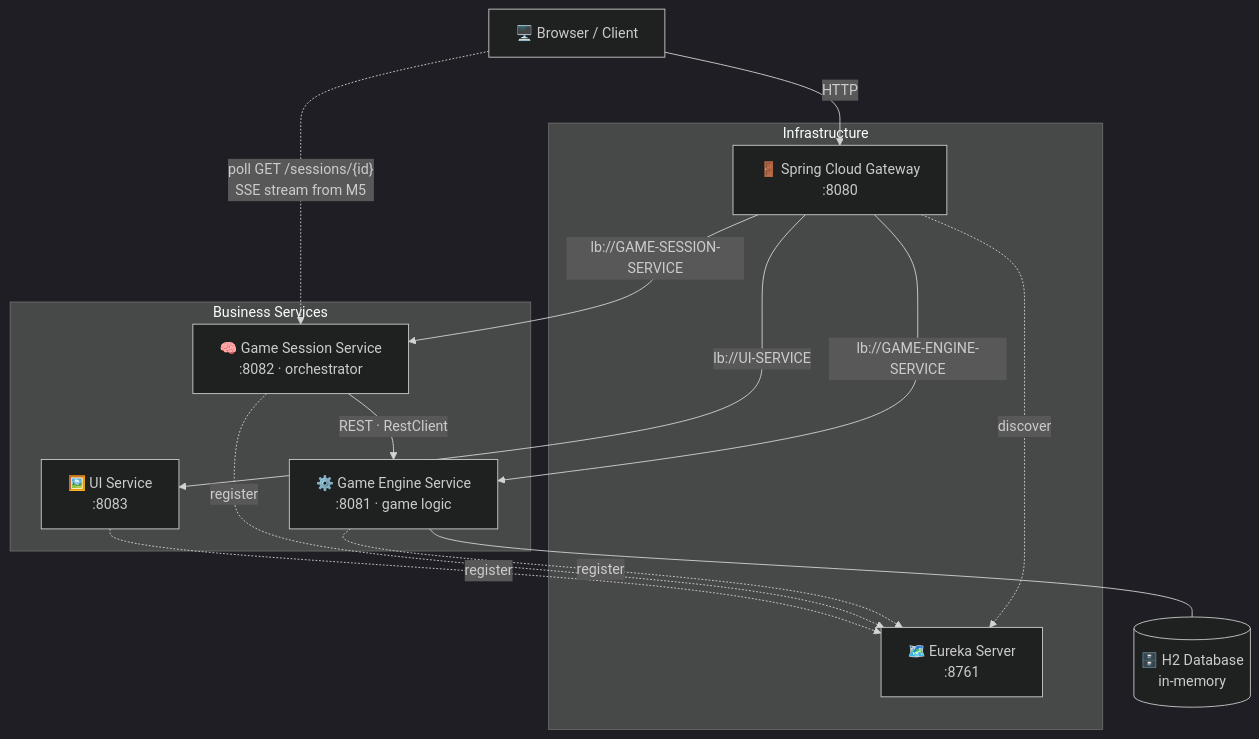
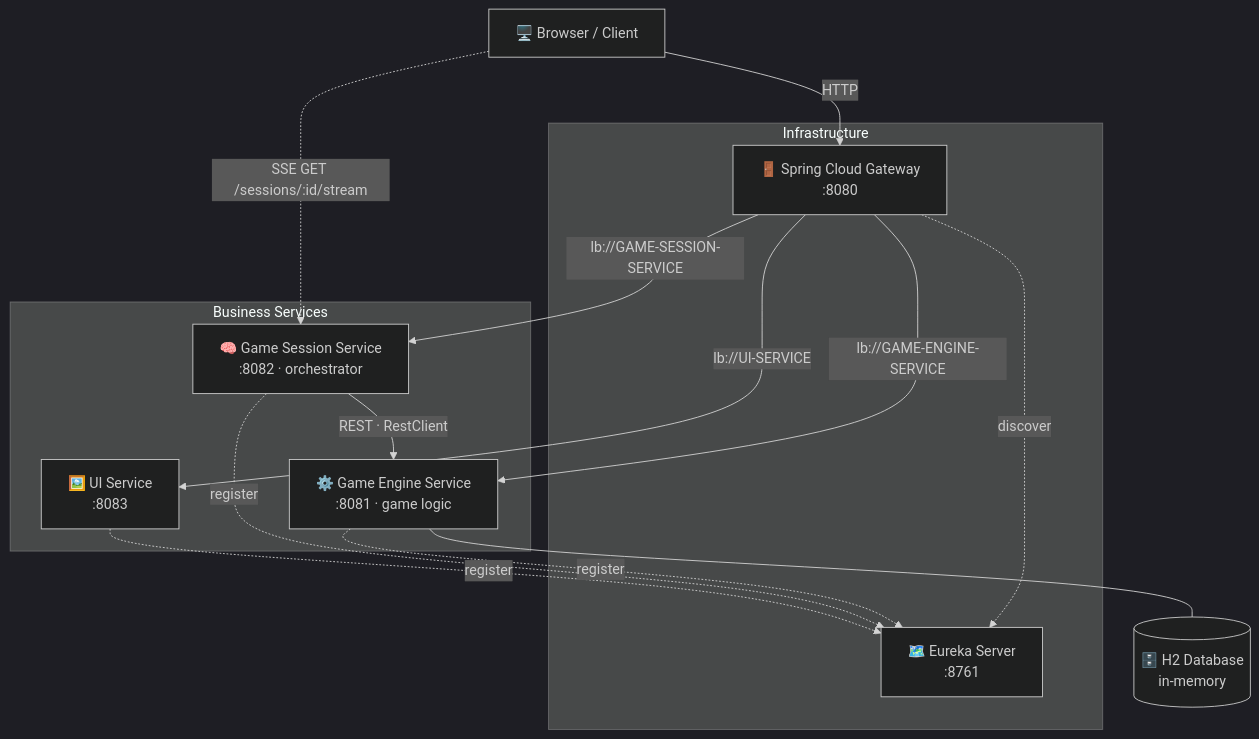
Before and after one commit to andrey56097/tik-tak-toe: the first of 3 diagrams in README.md, drawn with Mermaid (dark theme). The commit also changed other lines of this file, not shown here.

````diff
--- a/README.md
+++ b/README.md
@@ -89,30 +91,30 @@
 ```mermaid
 flowchart TB
     Browser["🖥️ Browser / Client"]
 
     subgraph Infra["Infrastructure"]
         Eureka["🗺️ Eureka Server<br/>:8761"]
         Gateway["🚪 Spring Cloud Gateway<br/>:8080"]
     end
 
     subgraph Services["Business Services"]
         UI["🖼️ UI Service<br/>:8083"]
         Session["🧠 Game Session Service<br/>:8082 · orchestrator"]
         Engine["⚙️ Game Engine Service<br/>:8081 · game logic"]
     end
 
     Engine --- DB[("🗄️ H2 Database<br/>in-memory")]
 
     Browser -->|HTTP| Gateway
     Gateway -->|lb://UI-SERVICE| UI
     Gateway -->|lb://GAME-SESSION-SERVICE| Session
     Gateway -->|lb://GAME-ENGINE-SERVICE| Engine
 
     Session -->|REST · RestClient| Engine
-    Browser -.->|"poll GET /sessions/{id}<br/>SSE stream from M5"| Session
+    Browser -.->|"SSE GET /sessions/:id/stream"| Session
 
     UI -.->|register| Eureka
     Session -.->|register| Eureka
     Engine -.->|register| Eureka
     Gateway -.->|discover| Eureka
 ```
````
